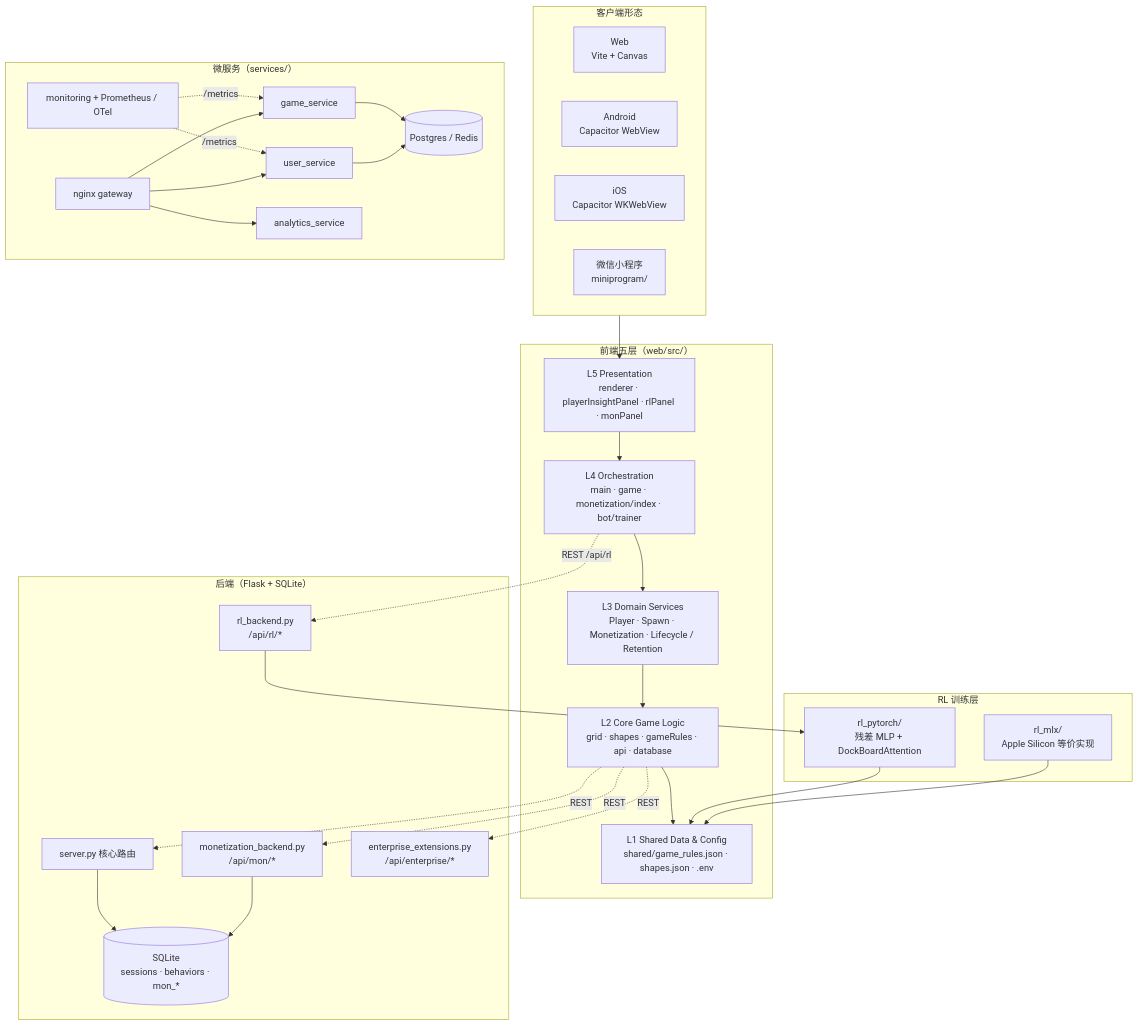
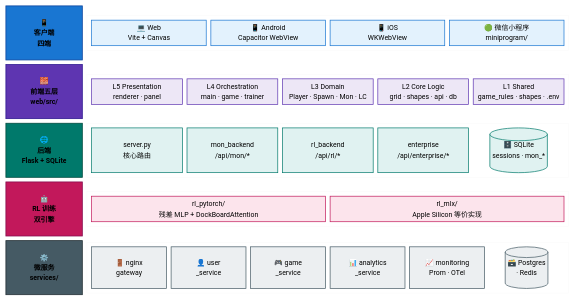
Before and after one commit to btbujiangjun/openblock: the second of 11 diagrams in docs/architecture/SYSTEM_ARCHITECTURE_DIAGRAMS.md, drawn with Mermaid. The commit also changed other lines of this file and 21 other files, not shown here.

First line of the commit message:
feat(docs,portal): 文档门户全栈升级 — 三视图架构图 + 全部紧凑化重写 + 渲染工具链

````diff
--- a/docs/architecture/SYSTEM_ARCHITECTURE_DIAGRAMS.md
+++ b/docs/architecture/SYSTEM_ARCHITECTURE_DIAGRAMS.md
@@ -33,58 +206,67 @@
 ```mermaid
-flowchart TB
-  subgraph clients["客户端形态"]
-    web["Web<br/>Vite + Canvas"]
-    android["Android<br/>Capacitor WebView"]
-    ios["iOS<br/>Capacitor WKWebView"]
-    miniprog["微信小程序<br/>miniprogram/"]
+---
+config:
+  theme: base
+  themeVariables:
+    primaryColor: "#f8fafc"
+    primaryBorderColor: "#94a3b8"
+    primaryTextColor: "#0f172a"
+    fontSize: "12px"
+---
+block-beta
+  columns 7
+
+  CLT["📱<br/>客户端<br/>四端"]:1
+  block:CL:6
+    columns 4
+    web["💻 Web<br/>Vite + Canvas"] android["📱 Android<br/>Capacitor WebView"] ios["📱 iOS<br/>WKWebView"] mp["🟢 微信小程序<br/>miniprogram/"]
   end
 
-  subgraph frontend["前端五层（web/src/）"]
-    L5["L5 Presentation<br/>renderer · playerInsightPanel · rlPanel · monPanel"]
-    L4["L4 Orchestration<br/>main · game · monetization/index · bot/trainer"]
-    L3["L3 Domain Services<br/>Player · Spawn · Monetization · Lifecycle / Retention"]
-    L2["L2 Core Game Logic<br/>grid · shapes · gameRules · api · database"]
-    L1["L1 Shared Data & Config<br/>shared/game_rules.json · shapes.json · .env"]
+  FET["🧱<br/>前端五层<br/>web/src/"]:1
+  block:FE:6
+    columns 5
+    L5["L5 Presentation<br/>renderer · panel"] L4["L4 Orchestration<br/>main · game · trainer"] L3["L3 Domain<br/>Player · Spawn · Mon · LC"] L2["L2 Core Logic<br/>grid · shapes · api · db"] L1["L1 Shared<br/>game_rules · shapes · .env"]
   end
 
-  subgraph backend["后端（Flask + SQLite）"]
-    server["server.py 核心路由"]
-    monBackend["monetization_backend.py<br/>/api/mon/*"]
-    rlBackend["rl_backend.py<br/>/api/rl/*"]
-    enterprise["enterprise_extensions.py<br/>/api/enterprise/*"]
-    sqlite[("SQLite<br/>sessions · behaviors · mon_*")]
+  BET["🌐<br/>后端<br/>Flask + SQLite"]:1
+  block:BE:6
+    columns 5
+    server["server.py<br/>核心路由"] monBackend["mon_backend<br/>/api/mon/*"] rlBackend["rl_backend<br/>/api/rl/*"] enterprise["enterprise<br/>/api/enterprise/*"] sqlite[("🗄️ SQLite<br/>sessions · mon_*")]
   end
 
-  subgraph rlTrain["RL 训练层"]
-    pytorch["rl_pytorch/<br/>残差 MLP + DockBoardAttention"]
-    mlx["rl_mlx/<br/>Apple Silicon 等价实现"]
+  RLT["🤖<br/>RL 训练<br/>双引擎"]:1
+  block:RL:6
+    columns 2
+    pytorch["rl_pytorch/<br/>残差 MLP + DockBoardAttention"] mlx["rl_mlx/<br/>Apple Silicon 等价实现"]
   end
 
-  subgraph services["微服务（services/）"]
-    nginx["nginx gateway"]
-    user["user_service"]
-    gameSvc["game_service"]
-    analytics["analytics_service"]
-    monitoring["monitoring + Prometheus / OTel"]
-    pg[("Postgres / Redis")]
+  SVT["⚙️<br/>微服务<br/>services/"]:1
+  block:SV:6
+    columns 6
+    nginx["🚪 nginx<br/>gateway"] user["👤 user<br/>_service"] gameSvc["🎮 game<br/>_service"] analytics["📊 analytics<br/>_service"] monitoring["📈 monitoring<br/>Prom · OTel"] pg[("🗃️ Postgres<br/>· Redis")]
   end
 
-  clients --> L5
-  L5 --> L4 --> L3 --> L2 --> L1
-  L2 -.->|REST| server
-  L2 -.->|REST| monBackend
-  L2 -.->|REST| enterprise
-  L4 -.->|REST /api/rl| rlBackend
-  server --> sqlite
-  monBackend --> sqlite
-  rlBackend --> pytorch
-  pytorch --> L1
-  mlx --> L1
-  nginx --> user
-  nginx --> gameSvc
-  nginx --> analytics
-  user --> pg
-  gameSvc --> pg
-  monitoring -.->|/metrics| user
-  monitoring -.->|/metrics| gameSvc
+  classDef titleCli   fill:#1976d2,stroke:#0d47a1,color:#fff,stroke-width:1.4px,font-weight:bold
+  classDef titleFe    fill:#5e35b1,stroke:#311b92,color:#fff,stroke-width:1.4px,font-weight:bold
+  classDef titleBe    fill:#00796b,stroke:#004d40,color:#fff,stroke-width:1.4px,font-weight:bold
+  classDef titleRl    fill:#c2185b,stroke:#880e4f,color:#fff,stroke-width:1.4px,font-weight:bold
+  classDef titleSv    fill:#455a64,stroke:#263238,color:#fff,stroke-width:1.4px,font-weight:bold
+
+  classDef cliNode    fill:#e3f2fd,stroke:#1976d2,color:#0d47a1,stroke-width:1.2px
+  classDef feNode     fill:#ede7f6,stroke:#5e35b1,color:#311b92,stroke-width:1.2px
+  classDef beNode     fill:#e0f2f1,stroke:#00796b,color:#004d40,stroke-width:1.2px
+  classDef rlNode     fill:#fce4ec,stroke:#c2185b,color:#880e4f,stroke-width:1.2px
+  classDef svNode     fill:#eceff1,stroke:#455a64,color:#263238,stroke-width:1.2px
+
+  class CLT titleCli
+  class FET titleFe
+  class BET titleBe
+  class RLT titleRl
+  class SVT titleSv
+
+  class web,android,ios,mp cliNode
+  class L5,L4,L3,L2,L1 feNode
+  class server,monBackend,rlBackend,enterprise,sqlite beNode
+  class pytorch,mlx rlNode
+  class nginx,user,gameSvc,analytics,monitoring,pg svNode
 ```
````
